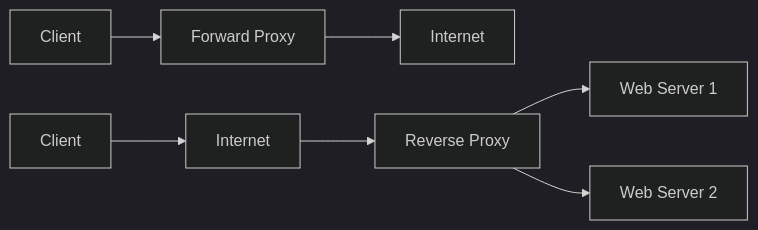
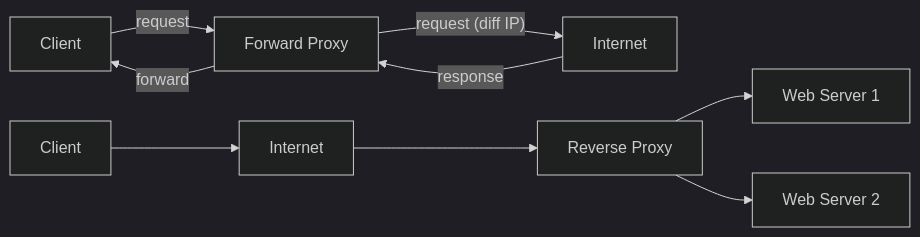
One commit to DS-Meena/Learn-LLD-HLD changed the first of 4 diagrams in HLD/Design_VPN/README.md. Above: the diagram before and after it, drawn with Mermaid (dark theme). The commit also changed other lines of this file, not shown here.

````diff
--- a/HLD/Design_VPN/README.md
+++ b/HLD/Design_VPN/README.md
@@ -15,9 +27,12 @@
 ```mermaid
 graph LR
-    A[Client] --> B[Forward Proxy]
-    B --> C[Internet]
+    A[Client] -- request --> B[Forward Proxy]
+    B -- forward --> A
+    B -- request (diff IP) --> C[Internet]
+    C -- response --> B
+
     D[Client] --> E[Internet]
     E --> F[Reverse Proxy]
     F --> G[Web Server 1]
     F --> H[Web Server 2]
 ```
````
